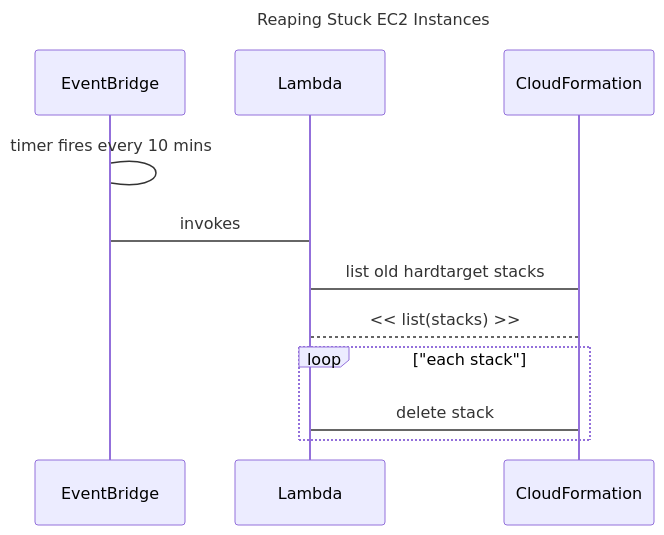
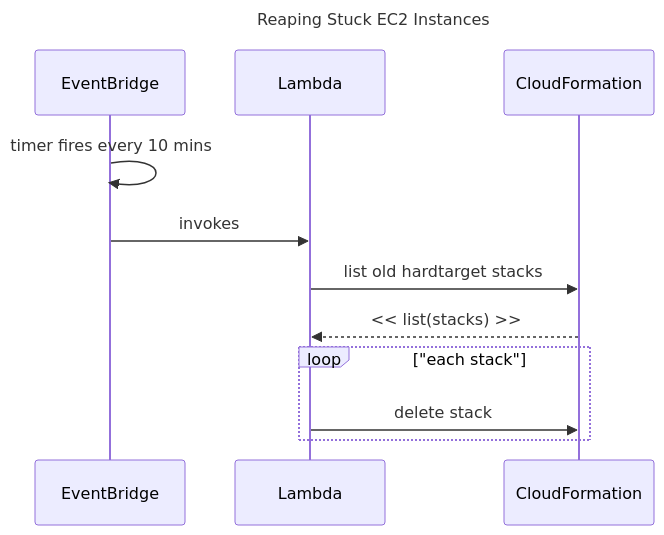
Before and after one commit to scottbrown/hardtarget: the fourth of 4 diagrams in README.md, drawn with Mermaid. The commit also changed other lines of this file, not shown here.

Commit message:
Fixing diagram

````diff
--- a/README.md
+++ b/README.md
@@ -98,16 +95,16 @@
 ```mermaid
 sequenceDiagram
   title Reaping Stuck EC2 Instances
 
   participant EB as EventBridge
   participant L as Lambda
   participant CFN as CloudFormation
 
-  EB->EB: timer fires every 10 mins
-  EB->L: invokes
-  L->CFN: list old hardtarget stacks
-  CFN-->L: << list(stacks) >>
+  EB->>EB: timer fires every 10 mins
+  EB->>L: invokes
+  L->>CFN: list old hardtarget stacks
+  CFN-->>L: << list(stacks) >>
   loop "each stack"
-    L->CFN: delete stack
+    L->>CFN: delete stack
   end
 ```
````
